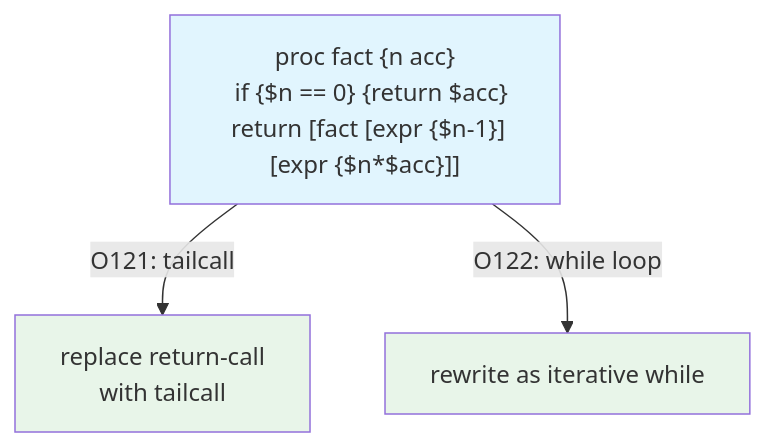
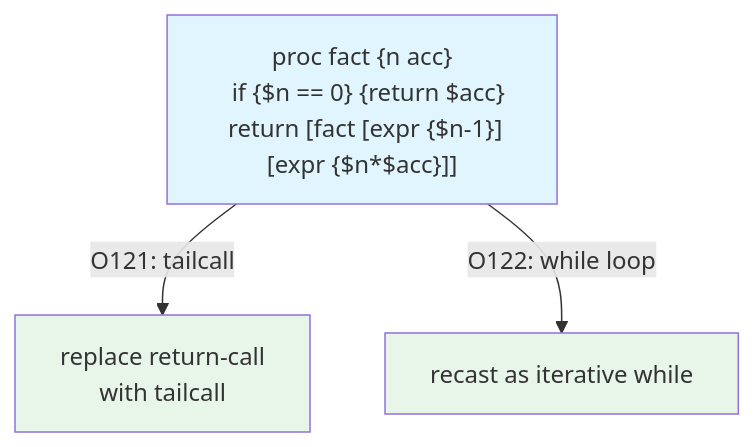
Diagram 24 of 33 in docs/GLOSSARY.md (bitwisecook/tcl-lsp), drawn with Mermaid before and after one commit. The commit also changed other lines of this file, not shown here.

````diff
--- a/docs/GLOSSARY.md
+++ b/docs/GLOSSARY.md
@@ -720,10 +724,10 @@
 ```mermaid
 flowchart TD
     REC["proc fact {n acc}<br/>  if {$n == 0} {return $acc}<br/>  return [fact [expr {$n-1}] [expr {$n*$acc}]]"]
     REC -->|"O121: tailcall"| TC["replace return-call<br/>with tailcall"]
-    REC -->|"O122: while loop"| WL["rewrite as iterative while"]
+    REC -->|"O122: while loop"| WL["recast as iterative while"]
 
     style REC fill:#e1f5fe
     style TC fill:#e8f5e9
     style WL fill:#e8f5e9
 ```
````
